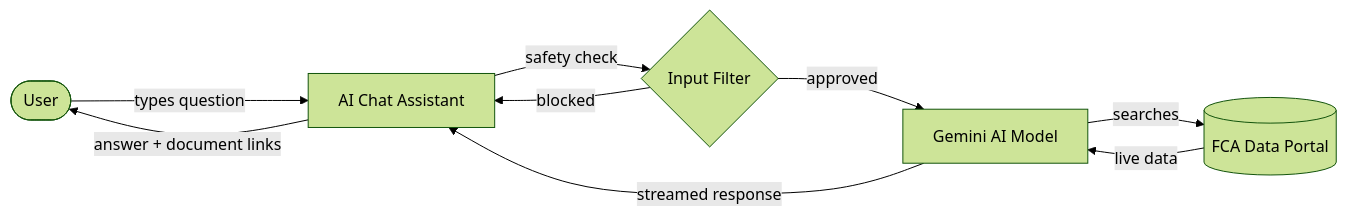
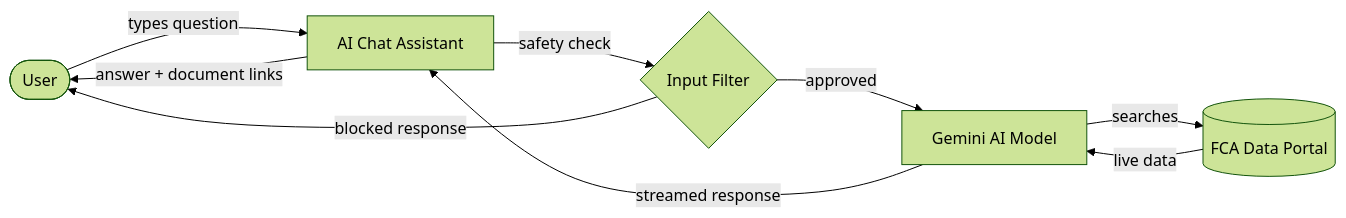
One commit to ashar87/fca-chatbot changed the first of 2 diagrams in ARCHITECTURE.md. Above: the diagram before and after it, drawn with Mermaid (forest theme). The commit also changed other lines of this file and 4 other files, not shown here.

````diff
--- a/ARCHITECTURE.md
+++ b/ARCHITECTURE.md
@@ -3,11 +5,11 @@
 ```mermaid
 flowchart LR
     User([User]) -->|types question| Chat[AI Chat Assistant]
     Chat -->|safety check| Guard{Input Filter}
-    Guard -->|blocked| Chat
+    Guard -->|blocked response| User
     Guard -->|approved| AI[Gemini AI Model]
     AI -->|searches| FCA[(FCA Data Portal)]
     FCA -->|live data| AI
     AI -->|streamed response| Chat
     Chat -->|answer + document links| User
 ```
````
